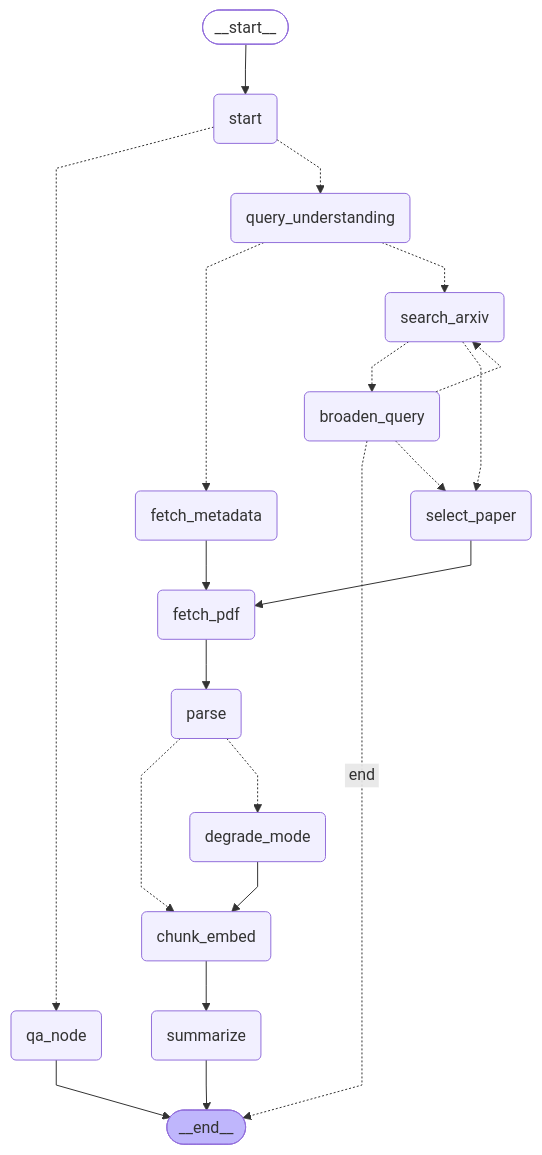
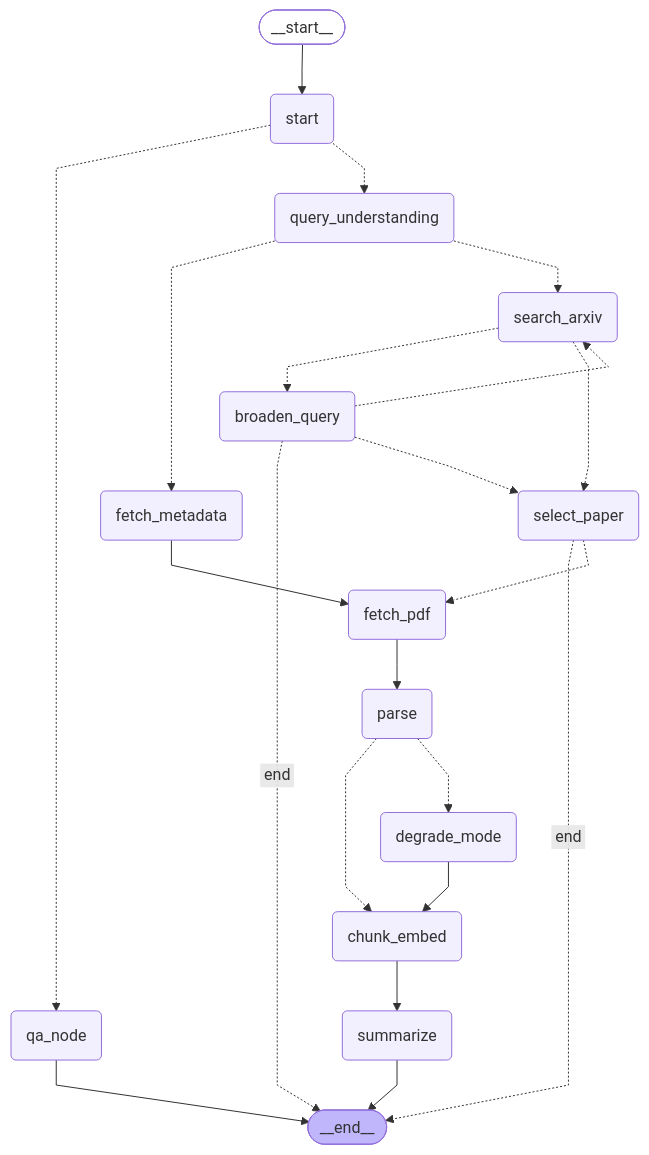
One commit to prakashkumarprasad/arXiv-digest-agent changed the diagram in docs/architecture.md. Above: the diagram before and after it, drawn with Mermaid. The commit also changed other lines of this file and 7 other files, not shown here.

Commit message:
Docs: real Groq example run, failure handling, rate limits, regenerated architecture; remove placeholders

````diff
--- a/docs/architecture.md
+++ b/docs/architecture.md
@@ -5,44 +7,45 @@
 ```mermaid
 ---
 config:
   flowchart:
     curve: linear
 ---
 graph TD;
 	__start__([<p>__start__</p>]):::first
 	start(start)
 	query_understanding(query_understanding)
 	fetch_metadata(fetch_metadata)
 	search_arxiv(search_arxiv)
 	broaden_query(broaden_query)
 	select_paper(select_paper)
 	fetch_pdf(fetch_pdf)
 	parse(parse)
 	degrade_mode(degrade_mode)
 	chunk_embed(chunk_embed)
 	summarize(summarize)
 	qa_node(qa_node)
 	__end__([<p>__end__</p>]):::last
 	__start__ --> start;
 	broaden_query -. &nbsp;end&nbsp; .-> __end__;
 	broaden_query -.-> search_arxiv;
 	broaden_query -.-> select_paper;
 	chunk_embed --> summarize;
 	degrade_mode --> chunk_embed;
 	fetch_metadata --> fetch_pdf;
 	fetch_pdf --> parse;
 	parse -.-> chunk_embed;
 	parse -.-> degrade_mode;
 	query_understanding -.-> fetch_metadata;
 	query_understanding -.-> search_arxiv;
 	search_arxiv -.-> broaden_query;
 	search_arxiv -.-> select_paper;
-	select_paper --> fetch_pdf;
+	select_paper -. &nbsp;end&nbsp; .-> __end__;
+	select_paper -.-> fetch_pdf;
 	start -.-> qa_node;
 	start -.-> query_understanding;
 	qa_node --> __end__;
 	summarize --> __end__;
 	classDef default fill:#f2f0ff,line-height:1.2
 	classDef first fill-opacity:0
 	classDef last fill:#bfb6fc
 ```
````
